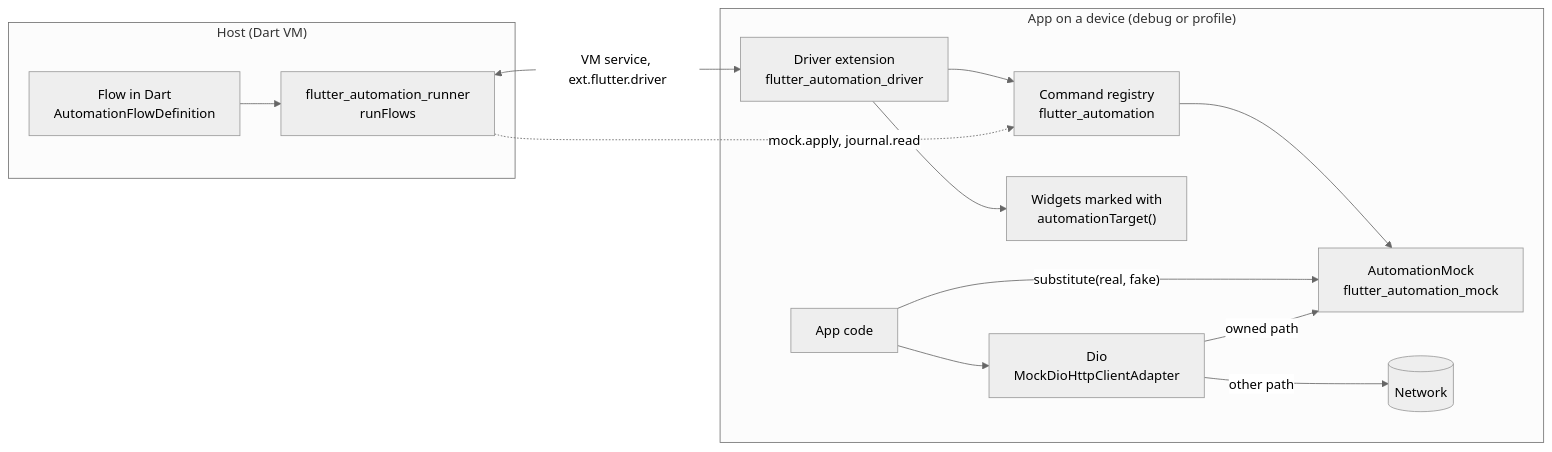
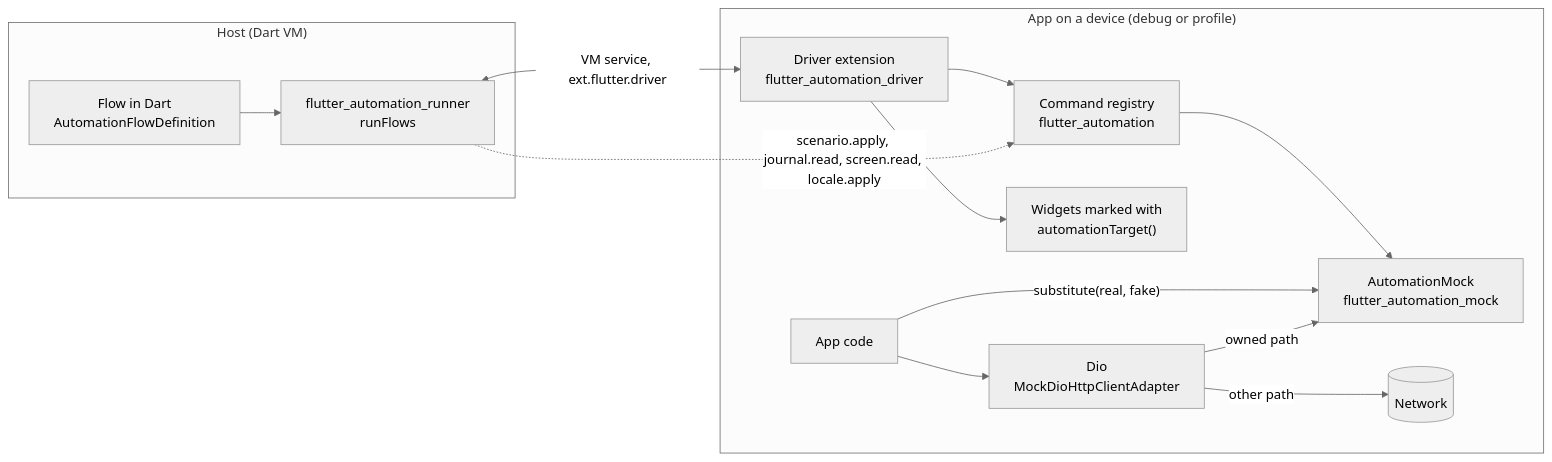
One commit to valeriinov/flutter_automation changed the diagram in README.md. Above: the diagram before and after it, drawn with Mermaid (neutral theme). The commit also changed other lines of this file and 104 other files, not shown here.

````diff
--- a/README.md
+++ b/README.md
@@ -20,27 +20,27 @@
 ```mermaid
 flowchart LR
   subgraph host["Host (Dart VM)"]
     flow["Flow in Dart<br/>AutomationFlowDefinition"]
     runner["flutter_automation_runner<br/>runFlows"]
     flow --> runner
   end
 
   subgraph app["App on a device (debug or profile)"]
     ext["Driver extension<br/>flutter_automation_driver"]
     cmds["Command registry<br/>flutter_automation"]
     targets["Widgets marked with<br/>automationTarget()"]
     mock["AutomationMock<br/>flutter_automation_mock"]
     dio["Dio<br/>MockDioHttpClientAdapter"]
     code["App code"]
     ext --> cmds
     ext --> targets
     cmds --> mock
     code -->|"substitute(real, fake)"| mock
     code --> dio
     dio -->|"owned path"| mock
     dio -->|"other path"| net[("Network")]
   end
 
   runner <-->|"VM service, ext.flutter.driver"| ext
-  runner -.->|"mock.apply, journal.read"| cmds
+  runner -.->|"scenario.apply, journal.read, screen.read, locale.apply"| cmds
 ```
````
